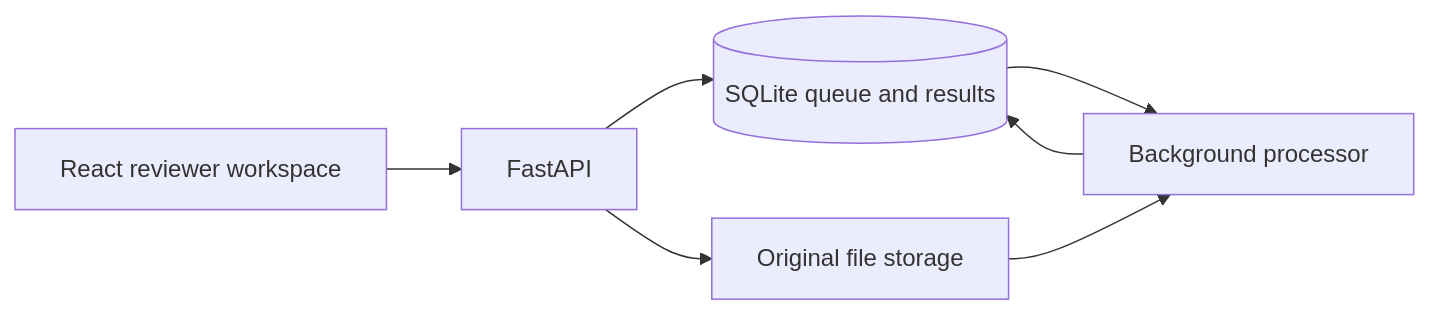
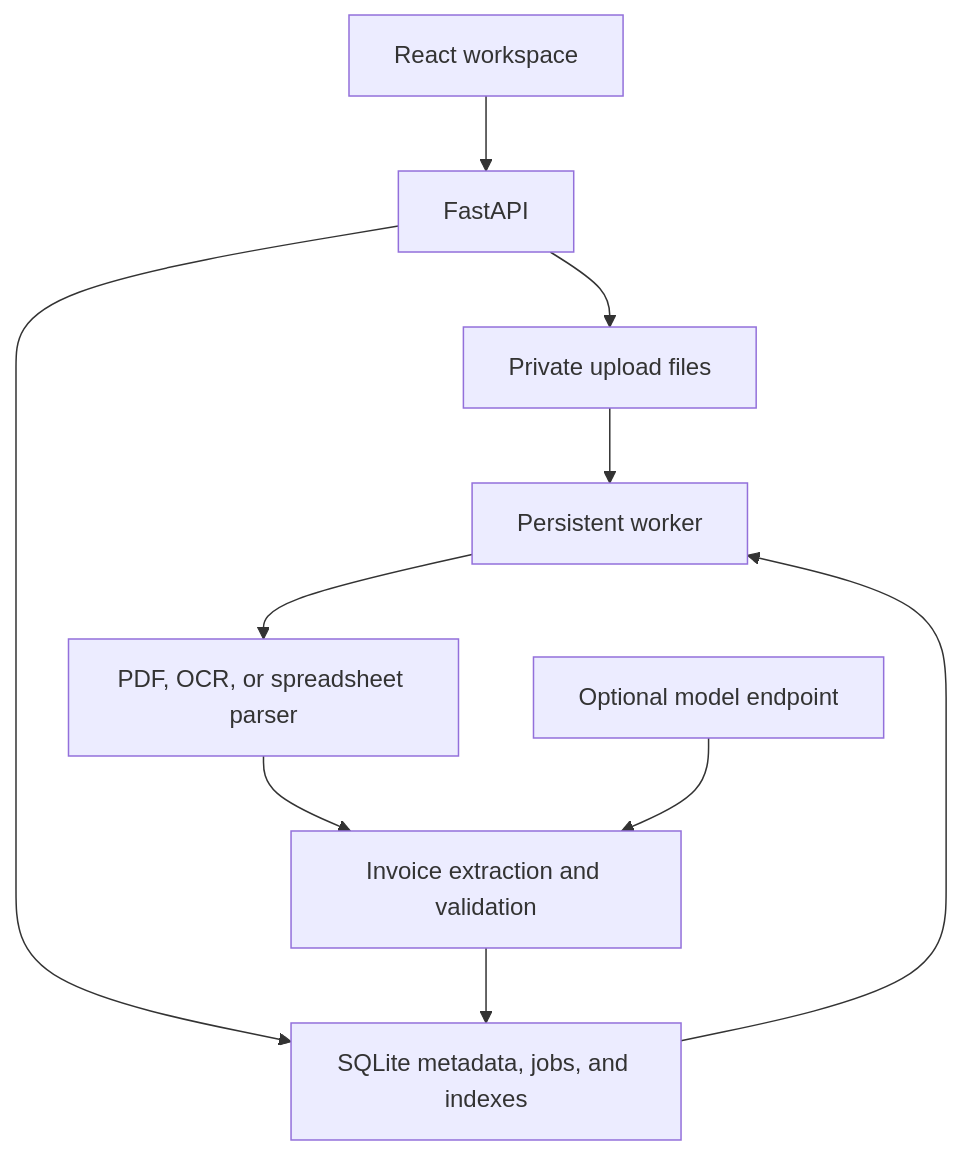
Before and after one commit to Alfa5nm/care-guide-ledger-review: the first of 2 diagrams in docs/ARCHITECTURE.md, drawn with Mermaid. The commit also changed other lines of this file and 31 other files, not shown here.

````diff
--- a/docs/ARCHITECTURE.md
+++ b/docs/ARCHITECTURE.md
@@ -3,9 +3,12 @@
 ```mermaid
-flowchart LR
-    Browser["React reviewer workspace"] --> API["FastAPI"]
-    API --> Store[("SQLite queue and results")]
-    API --> Uploads["Original file storage"]
-    Store --> Worker["Background processor"]
-    Uploads --> Worker
-    Worker --> Store
+flowchart TD
+  Browser["React workspace"] --> API["FastAPI"]
+  API --> Blob["Private upload files"]
+  API --> Store["SQLite metadata, jobs, and indexes"]
+  Store --> Worker["Persistent worker"]
+  Blob --> Worker
+  Worker --> Parse["PDF, OCR, or spreadsheet parser"]
+  Parse --> Extract["Invoice extraction and validation"]
+  Model["Optional model endpoint"] --> Extract
+  Extract --> Store
 ```
````
